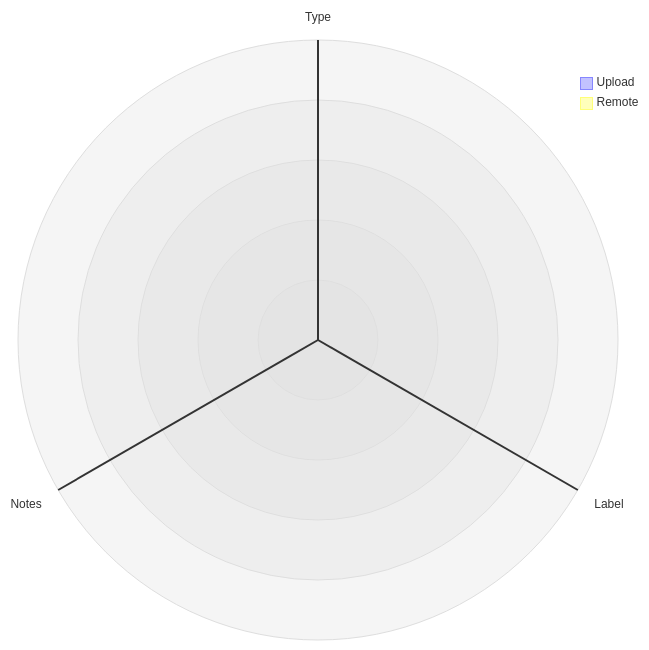
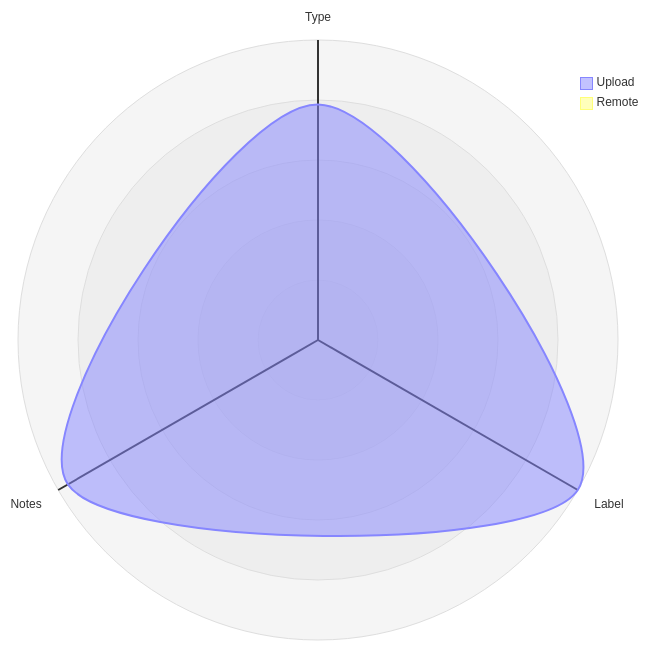
The diagram in datastore_tracker/README.md (open-data/analytics-corporate-reporting), drawn with Mermaid before and after one commit. The commit also changed other lines of this file and 4 other files, not shown here.

````diff
--- a/datastore_tracker/README.md
+++ b/datastore_tracker/README.md
@@ -63,12 +63,12 @@
 ```mermaid
 radar-beta
   axis T["Type"], L["Label"], N["Notes"]
-  curve u["Upload"]{0, 0, 0}
+  curve u["Upload"]{0.00084, 0.00107, 0.00103}
   curve r["Remote"]{0, 0, 0}
 
   showLegend true
 
   min 0
   graticule circle
   ticks 5
 ```
````
